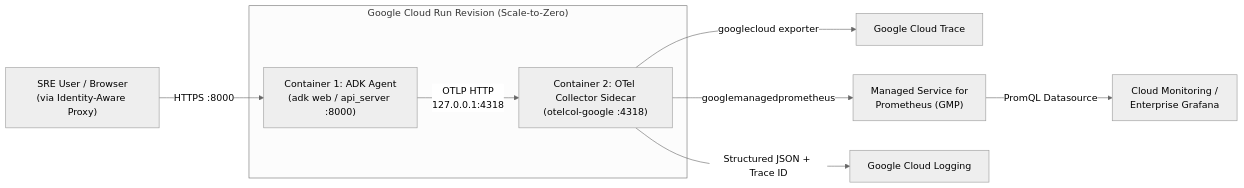
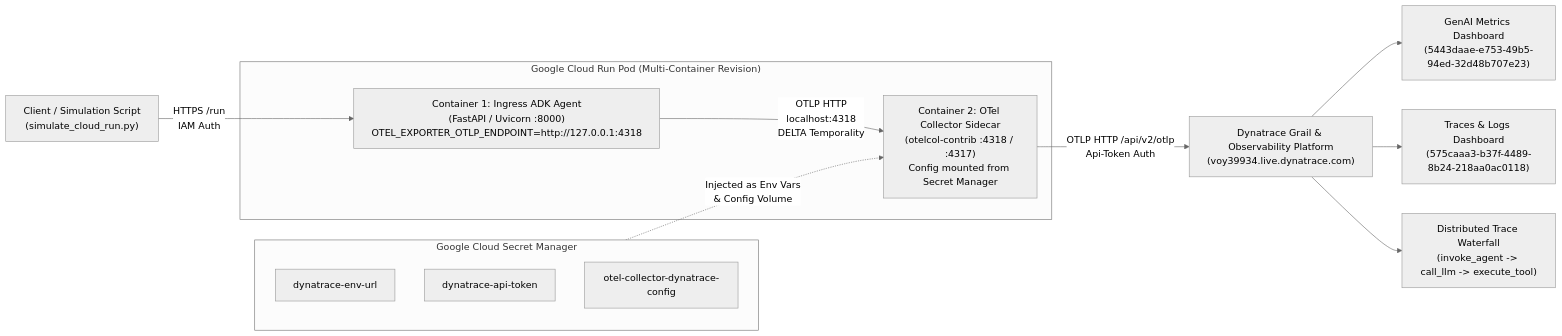
One commit to naveen-engg/google-adk-local-observability changed the diagram in deploy/cloud_run/README.md. Above: the diagram before and after it, drawn with Mermaid (neutral theme). The commit also changed other lines of this file and 11 other files, not shown here.

Commit message:
feat(cloud-run): deploy ADK agent with OTel Collector sidecar exporting to Dynatrace and update documentation with snapshots

````diff
--- a/deploy/cloud_run/README.md
+++ b/deploy/cloud_run/README.md
@@ -11,15 +9,23 @@
 ```mermaid
 flowchart LR
-    User["SRE User / Browser\n(via Identity-Aware Proxy)"] -->|HTTPS :8000| CR_Main
+    Client["Client / Simulation Script\n(simulate_cloud_run.py)"] -->|HTTPS /run\nIAM Auth| CR_Main
 
-    subgraph CloudRun["Google Cloud Run Revision (Scale-to-Zero)"]
-        CR_Main["Container 1: ADK Agent\n(adk web / api_server :8000)"]
-        CR_Sidecar["Container 2: OTel Collector Sidecar\n(otelcol-google :4318)"]
-        CR_Main -->|OTLP HTTP\n127.0.0.1:4318| CR_Sidecar
+    subgraph CloudRun["Google Cloud Run Pod (Multi-Container Revision)"]
+        CR_Main["Container 1: Ingress ADK Agent\n(FastAPI / Uvicorn :8000)\nOTEL_EXPORTER_OTLP_ENDPOINT=http://127.0.0.1:4318"]
+        CR_Sidecar["Container 2: OTel Collector Sidecar\n(otelcol-contrib :4318 / :4317)\nConfig mounted from Secret Manager"]
+        CR_Main -->|OTLP HTTP\nlocalhost:4318\nDELTA Temporality| CR_Sidecar
     end
 
-    CR_Sidecar -->|googlecloud exporter| CT["Google Cloud Trace"]
-    CR_Sidecar -->|googlemanagedprometheus| GMP["Managed Service for\nPrometheus (GMP)"]
-    CR_Sidecar -->|Structured JSON + Trace ID| CL["Google Cloud Logging"]
-    GMP -->|PromQL Datasource| Grafana["Cloud Monitoring /\nEnterprise Grafana"]
+    subgraph SecretManager["Google Cloud Secret Manager"]
+        S1["dynatrace-env-url"]
+        S2["dynatrace-api-token"]
+        S3["otel-collector-dynatrace-config"]
+    end
+
+    SecretManager -.->|Injected as Env Vars\n& Config Volume| CR_Sidecar
+
+    CR_Sidecar -->|OTLP HTTP /api/v2/otlp\nApi-Token Auth| DT["Dynatrace Grail & Observability Platform\n(voy39934.live.dynatrace.com)"]
+    DT --> D1["GenAI Metrics Dashboard\n(5443daae-e753-49b5-94ed-32d48b707e23)"]
+    DT --> D2["Traces & Logs Dashboard\n(575caaa3-b37f-4489-8b24-218aa0ac0118)"]
+    DT --> D3["Distributed Trace Waterfall\n(invoke_agent -> call_llm -> execute_tool)"]
 ```
````
